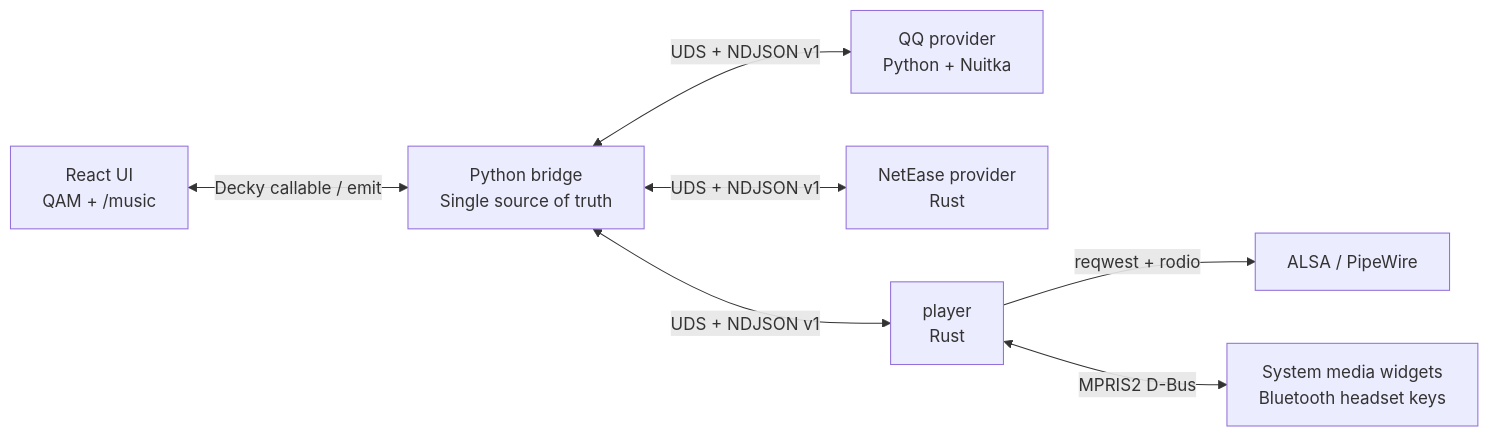
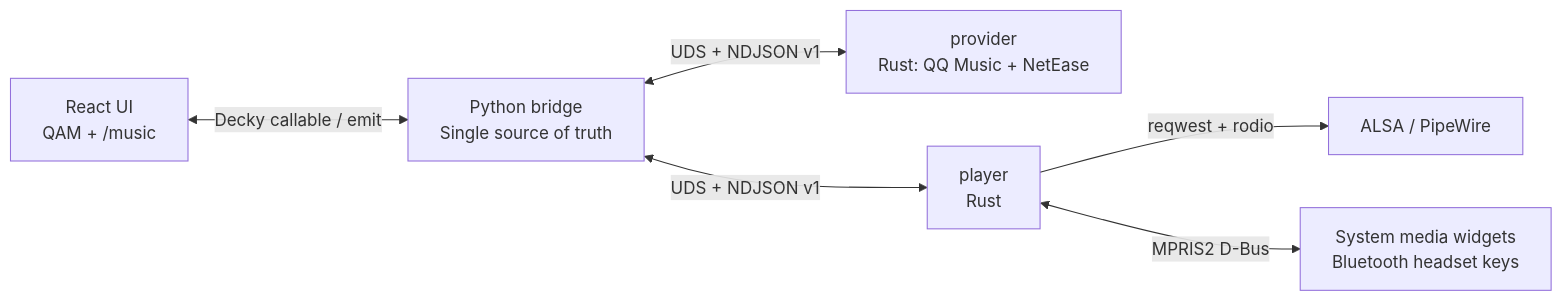
One commit to jinzhongjia/decky-music changed the diagram in README_EN.md. Above: the diagram before and after it, drawn with Mermaid. The commit also changed other lines of this file and 20 other files, not shown here.

````diff
--- a/README_EN.md
+++ b/README_EN.md
@@ -166,9 +167,8 @@
 ```mermaid
 graph LR
   UI[React UI<br/>QAM + /music] <-->|Decky callable / emit| BR[Python bridge<br/>Single source of truth]
-  BR <-->|UDS + NDJSON v1| QQ[QQ provider<br/>Python + Nuitka]
-  BR <-->|UDS + NDJSON v1| NCM[NetEase provider<br/>Rust]
+  BR <-->|UDS + NDJSON v1| PROVIDER[provider<br/>Rust: QQ Music + NetEase]
   BR <-->|UDS + NDJSON v1| PLAYER[player<br/>Rust]
   PLAYER -->|reqwest + rodio| AUDIO[ALSA / PipeWire]
   PLAYER <-->|MPRIS2 D-Bus| MEDIA[System media widgets<br/>Bluetooth headset keys]
 ```
````
